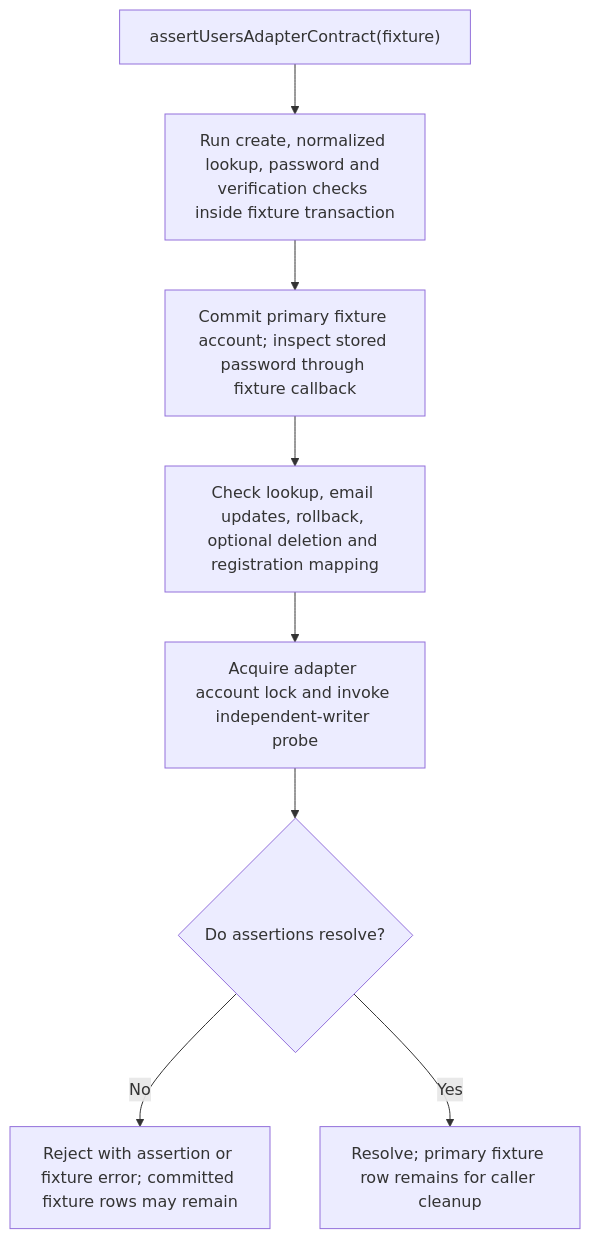
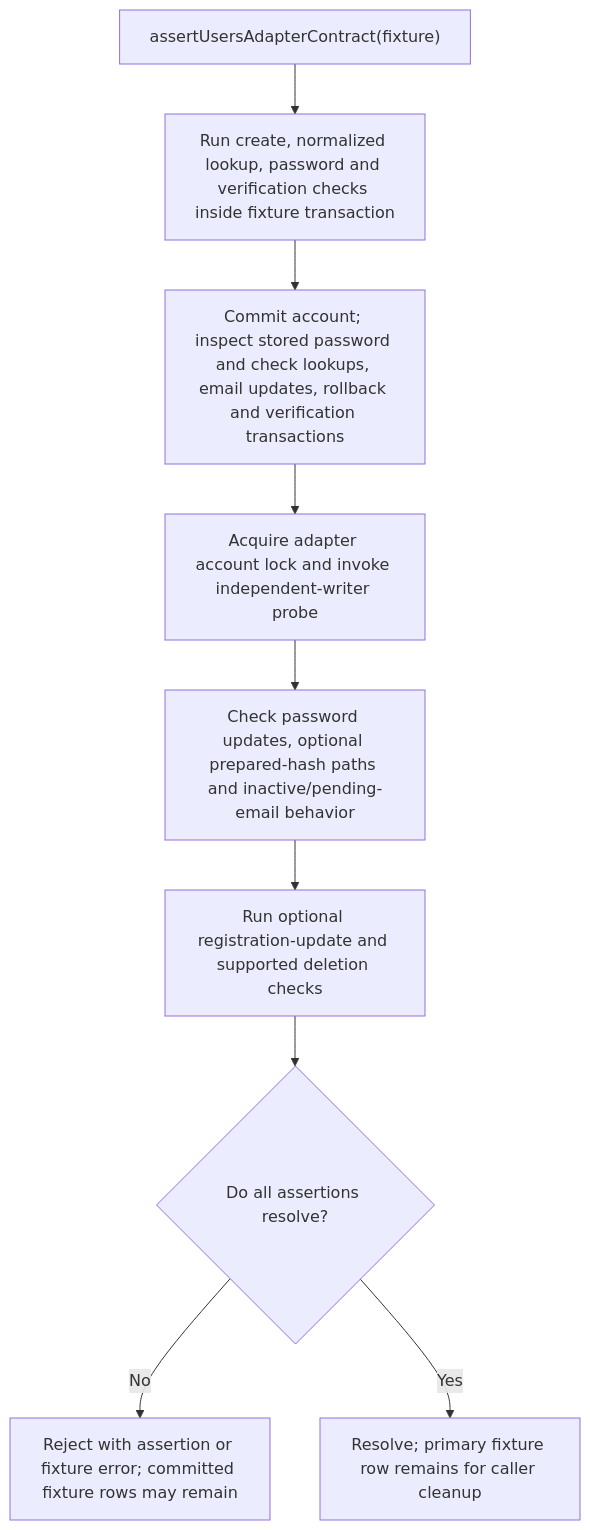
Before and after one commit to Kevinjohn/oss-adonisjs-account-kit: the second of 2 diagrams in user-stories/US-ACCOUNT-54-check-custom-adapter-contract.md, drawn with Mermaid. The commit also changed 1 other file, not shown here.

Commit message:
docs: align testing helper story traces

````diff
--- a/user-stories/US-ACCOUNT-54-check-custom-adapter-contract.md
+++ b/user-stories/US-ACCOUNT-54-check-custom-adapter-contract.md
@@ -32,10 +32,11 @@
 ```mermaid
 flowchart TD
  A["assertUsersAdapterContract(fixture)"] --> B["Run create, normalized lookup, password and verification checks inside fixture transaction"]
- B --> C["Commit primary fixture account; inspect stored password through fixture callback"]
- C --> D["Check lookup, email updates, rollback, optional deletion and registration mapping"]
- D --> E["Acquire adapter account lock and invoke independent-writer probe"]
- E --> F{"Do assertions resolve?"}
- F -->|No| G["Reject with assertion or fixture error; committed fixture rows may remain"]
- F -->|Yes| H["Resolve; primary fixture row remains for caller cleanup"]
+ B --> C["Commit account; inspect stored password and check lookups, email updates, rollback and verification transactions"]
+ C --> D["Acquire adapter account lock and invoke independent-writer probe"]
+ D --> E["Check password updates, optional prepared-hash paths and inactive/pending-email behavior"]
+ E --> F["Run optional registration-update and supported deletion checks"]
+ F --> G{"Do all assertions resolve?"}
+ G -->|No| H["Reject with assertion or fixture error; committed fixture rows may remain"]
+ G -->|Yes| I["Resolve; primary fixture row remains for caller cleanup"]
 ```
````
